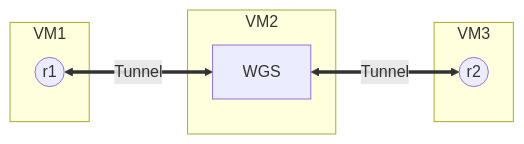
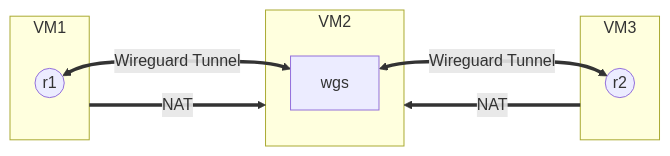
The diagram in wireguard/02/README.md (edgardcunha/freeRouter), drawn with Mermaid before and after one commit.

Commit message:
Update topology section.

````diff
--- a/wireguard/02/README.md
+++ b/wireguard/02/README.md
@@ -16,14 +16,16 @@
 ```mermaid
 flowchart LR
     subgraph VM1 ["VM1"]
         A((r1))
     end
     subgraph VM2 ["VM2"]
-        B[WGS]
+        B[wgs]
     end
     subgraph VM3 ["VM3"]
         C((r2))
     end
-    A <==>| Tunnel | B
-    B <==>| Tunnel | C
+    VM1 ==>| NAT | VM2
+    VM3 ==>| NAT | VM2
+    A <==>| Wireguard Tunnel | B
+    B <==>| Wireguard Tunnel | C
 ```
````
